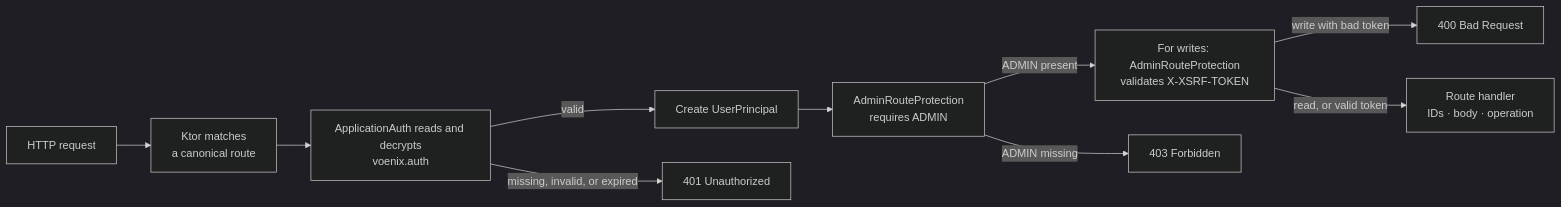
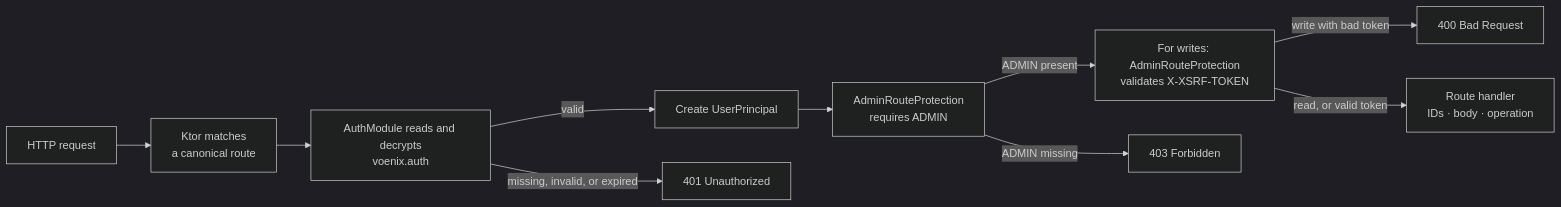
Before and after one commit to bitstorm-tech/voenix-shop-kotlin: the diagram in docs/dev/backend/authentication-and-authorization.md, drawn with Mermaid (dark theme). The commit also changed other lines of this file and 24 other files, not shown here.

Commit message:
Refactor auth module naming and update route references

````diff
--- a/docs/dev/backend/authentication-and-authorization.md
+++ b/docs/dev/backend/authentication-and-authorization.md
@@ -48,20 +48,20 @@
 ```mermaid
 flowchart LR
     Request["HTTP request"]
     Match["Ktor matches<br/>a canonical route"]
-    Cookie["ApplicationAuth reads and decrypts<br/>voenix.auth"]
+    Cookie["AuthModule reads and decrypts<br/>voenix.auth"]
     Principal["Create UserPrincipal"]
     Role["AdminRouteProtection<br/>requires ADMIN"]
     Csrf["For writes: AdminRouteProtection<br/>validates X-XSRF-TOKEN"]
     Handler["Route handler<br/>IDs · body · operation"]
 
     Request --> Match
     Match --> Cookie
     Cookie -->|"missing, invalid, or expired"| Unauthorized["401 Unauthorized"]
     Cookie -->|"valid"| Principal
     Principal --> Role
     Role -->|"ADMIN missing"| Forbidden["403 Forbidden"]
     Role -->|"ADMIN present"| Csrf
     Csrf -->|"write with bad token"| BadRequest["400 Bad Request"]
     Csrf -->|"read, or valid token"| Handler
 ```
````
